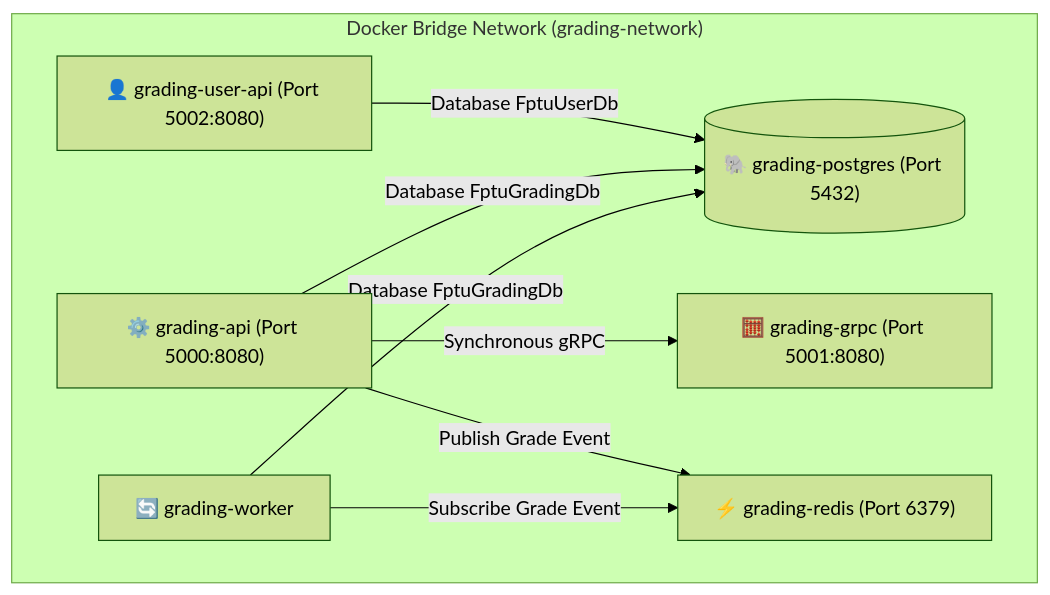
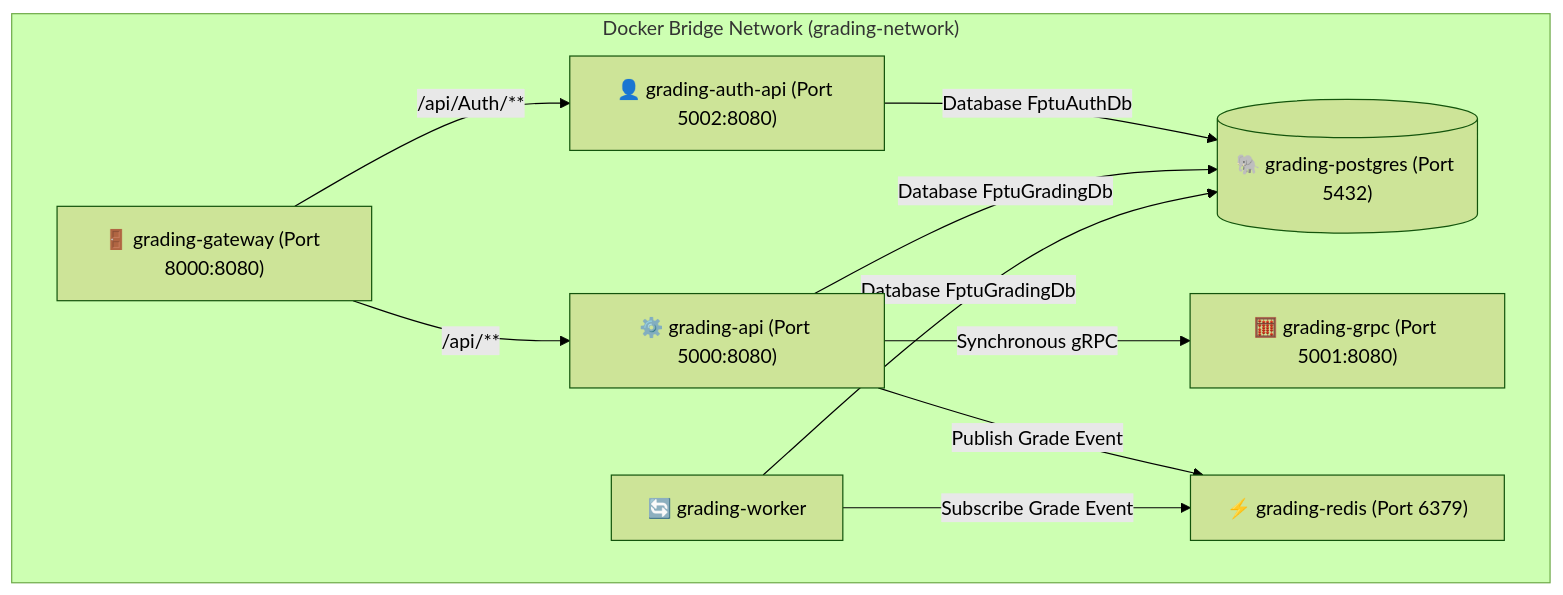
Before and after one commit to NguyenDuyKhoii/GradingSystem: the diagram in project_audit_report.md, drawn with Mermaid (forest theme). The commit also changed other lines of this file and 7 other files, not shown here.

Commit message:
feat: add YARP API Gateway component

````diff
--- a/project_audit_report.md
+++ b/project_audit_report.md
@@ -42,19 +44,23 @@
 ```mermaid
 graph TD
     subgraph "Docker Bridge Network (grading-network)"
-        c_user["👤 grading-user-api (Port 5002:8080)"]
+        c_gw["🚪 grading-gateway (Port 8000:8080)"]
+        c_user["👤 grading-auth-api (Port 5002:8080)"]
         c_api["⚙️ grading-api (Port 5000:8080)"]
         c_grpc["🧮 grading-grpc (Port 5001:8080)"]
         c_worker["🔄 grading-worker"]
         c_postgres[("🐘 grading-postgres (Port 5432)")]
         c_redis["⚡ grading-redis (Port 6379)"]
     end
 
-    c_user -->|Database FptuUserDb| c_postgres
+    c_gw -->|/api/Auth/**| c_user
+    c_gw -->|/api/**| c_api
+
+    c_user -->|Database FptuAuthDb| c_postgres
     c_api -->|Database FptuGradingDb| c_postgres
     c_worker -->|Database FptuGradingDb| c_postgres
 
     c_api -->|Synchronous gRPC| c_grpc
     c_api -->|Publish Grade Event| c_redis
     c_worker -->|Subscribe Grade Event| c_redis
 ```
````
